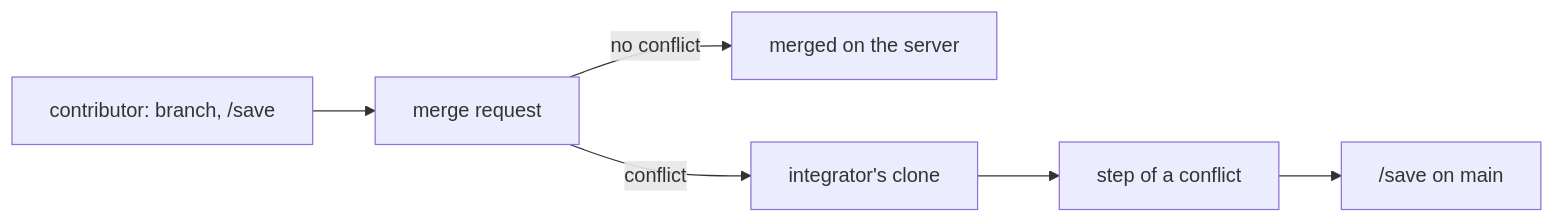
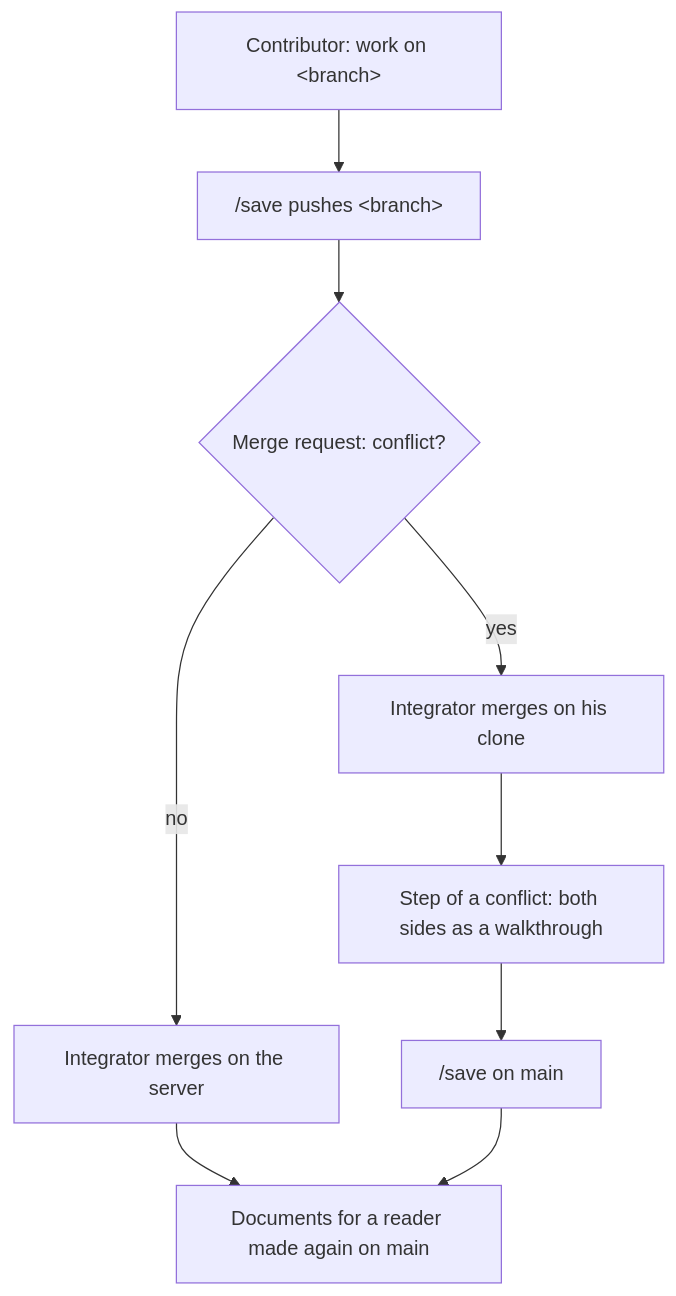
The diagram in docs/about/working-together.md (pche-broken-artist/forge-of-thought), drawn with Mermaid before and after one commit. The commit also changed other lines of this file and 54 other files, not shown here.

````diff
--- a/docs/about/working-together.md
+++ b/docs/about/working-together.md
@@ -226,8 +207,11 @@
 ```mermaid
-flowchart LR
-  C["contributor: branch, /save"] --> MR["merge request"]
-  MR -->|no conflict| S["merged on the server"]
-  MR -->|conflict| I["integrator's clone"]
-  I --> K["step of a conflict"]
-  K --> V["/save on main"]
+flowchart TD
+  A["Contributor: work on &lt;branch&gt;"] --> B["/save pushes &lt;branch&gt;"]
+  B --> C{"Merge request: conflict?"}
+  C -- "no" --> D["Integrator merges on the server"]
+  C -- "yes" --> E["Integrator merges on his clone"]
+  E --> F["Step of a conflict: both sides as a walkthrough"]
+  F --> G["/save on main"]
+  D --> H["Documents for a reader made again on main"]
+  G --> H
 ```
````
